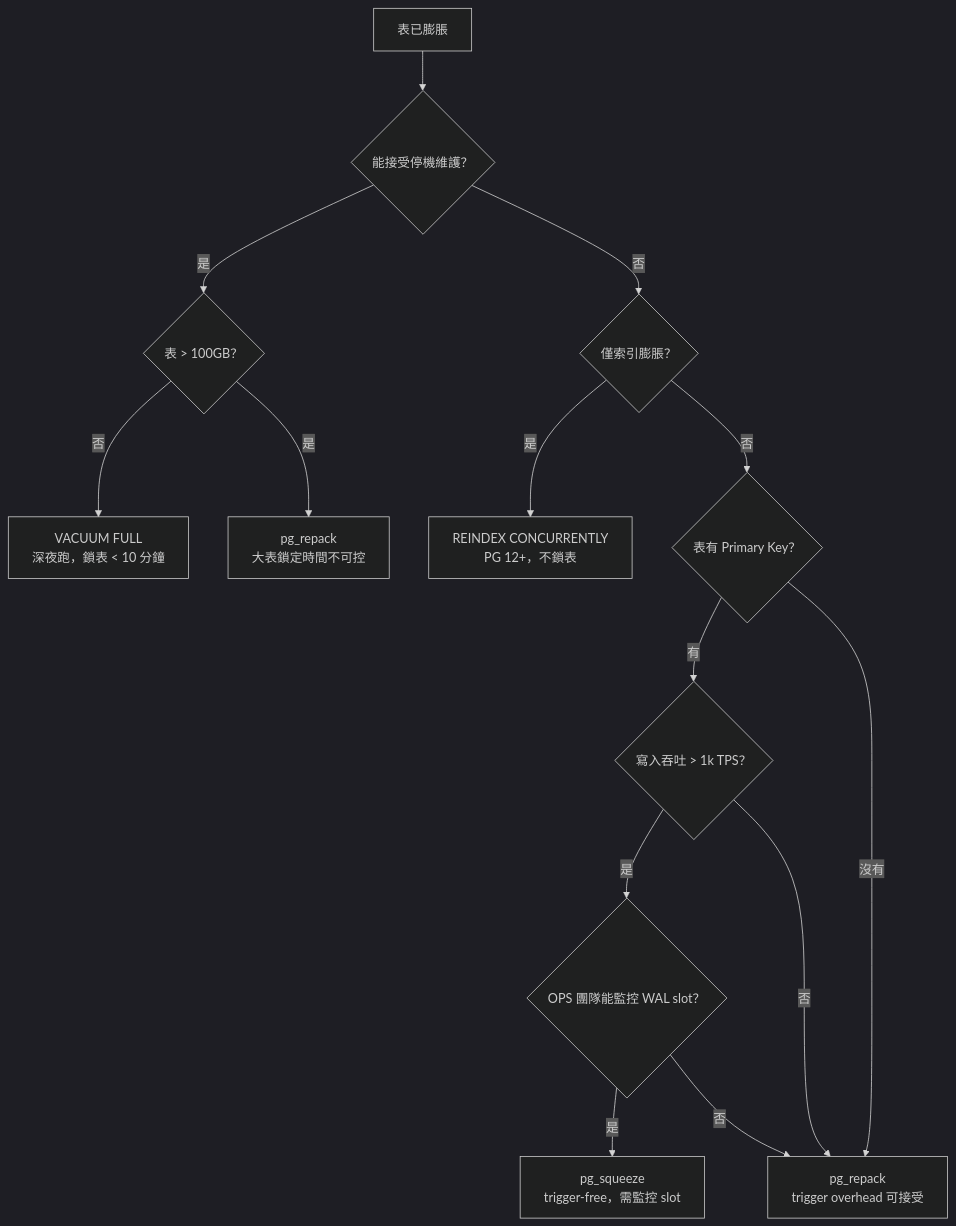
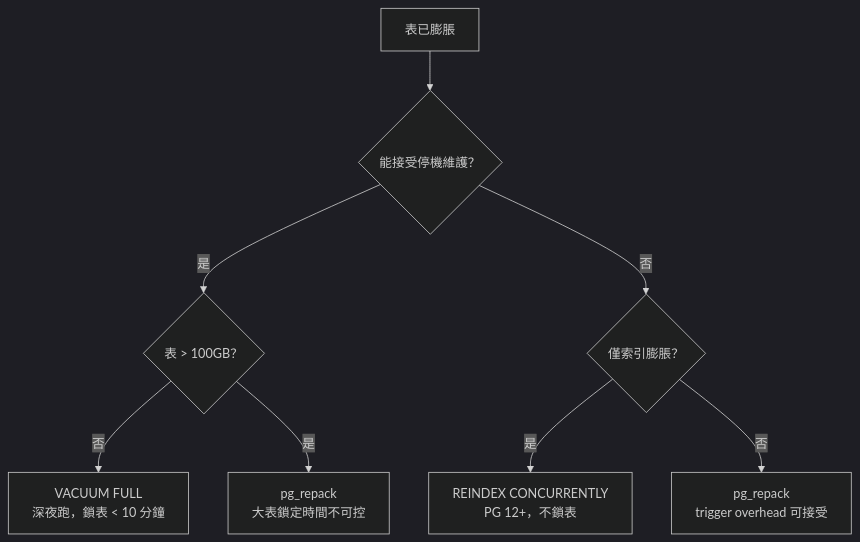
The tenth of 10 diagrams in vacuum/vacuum.md (henry-tpwong/postgresql_note), drawn with Mermaid (dark theme) before and after one commit. The commit also changed other lines of this file, not shown here.

````diff
--- a/vacuum/vacuum.md
+++ b/vacuum/vacuum.md
@@ -1145,16 +713,10 @@
 ```mermaid
 flowchart TD
     A["表已膨脹"] --> B{"能接受停機維護？"}
     B -->|是| C{"表 > 100GB？"}
     C -->|否| D["VACUUM FULL<br/>深夜跑，鎖表 < 10 分鐘"]
     C -->|是| E["pg_repack<br/>大表鎖定時間不可控"]
     B -->|否| F{"僅索引膨脹？"}
     F -->|是| G["REINDEX CONCURRENTLY<br/>PG 12+，不鎖表"]
-    F -->|否| H{"表有 Primary Key？"}
-    H -->|有| I{"寫入吞吐 > 1k TPS？"}
-    I -->|是| J{"OPS 團隊能監控 WAL slot？"}
-    J -->|是| K["pg_squeeze<br/>trigger-free，需監控 slot"]
-    J -->|否| L["pg_repack<br/>trigger overhead 可接受"]
-    I -->|否| L
-    H -->|沒有| L
+    F -->|否| H["pg_repack<br/>trigger overhead 可接受"]
 ```
````
